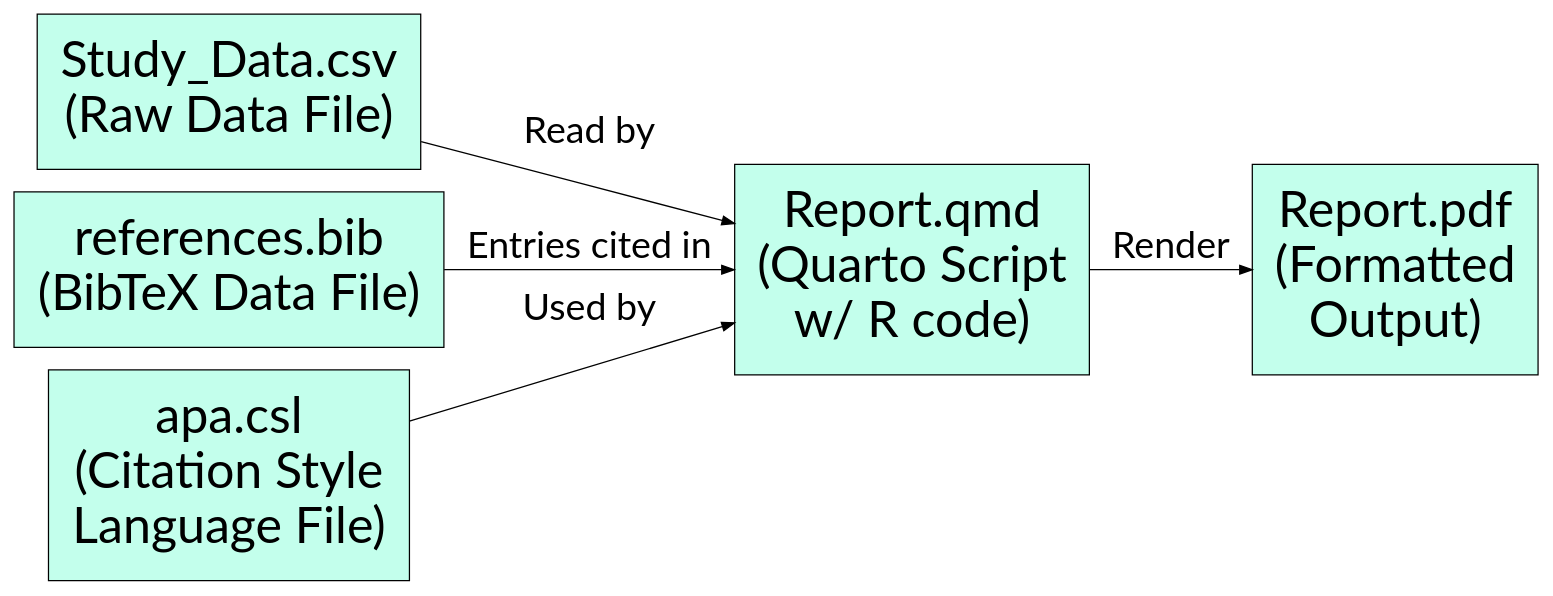
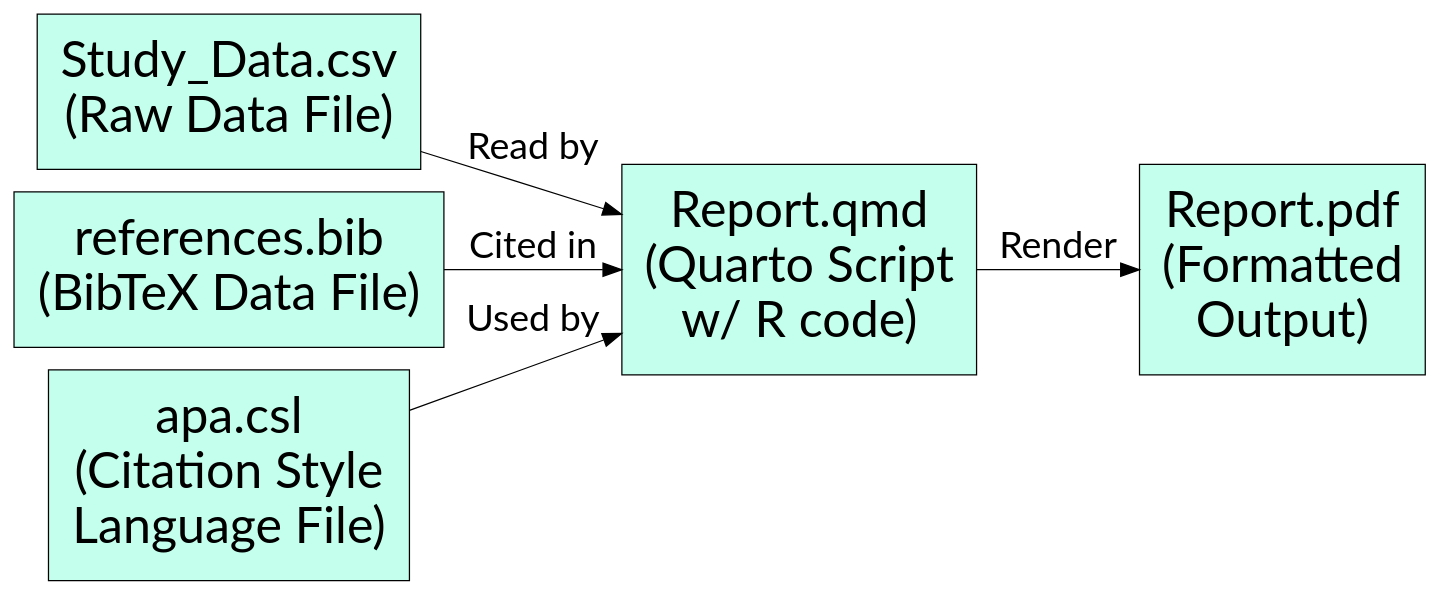
Before and after one commit to sjpierce/Pierce.AARUG2024: the fourth of 6 diagrams in Slides.qmd, drawn with Graphviz. The commit also changed other lines of this file and 1 other file, not shown here.

````diff
--- a/Slides.qmd
+++ b/Slides.qmd
@@ -492,22 +504,22 @@
 ```{dot}
 //| fig-width: 10
 //| fig-height: 5
-digraph G {
+digraph DynDoc {
 rankdir="LR";
 compound=true;
 
 node [shape = "box", style= "filled", fontname="Lato", fontsize="40pt", 
       fillcolor = "#C3FFEC", margin = .25]
 Data [label = "Study_Data.csv\n(Raw Data File)"]
 Quarto [label = "Report.qmd\n(Quarto Script\nw/ R code)"]
 BibTeX [label = "references.bib\n(BibTeX Data File)"]
 CSL [label = "apa.csl\n(Citation Style\nLanguage File)"]
 Report [label = "Report.pdf\n(Formatted\nOutput)"]
 
-edge [fontname="Lato", fontsize="30pt"]
+edge [fontname="Lato", fontsize="30pt", arrowsize = 1.5]
 Data -> Quarto [label = "Read by"]
-BibTeX -> Quarto [label = "Entries cited in"]
+BibTeX -> Quarto [label = "Cited in"]
 CSL -> Quarto [label = "Used by"] 
 Quarto -> Report [label = "Render"] 
 }
 ```
````
